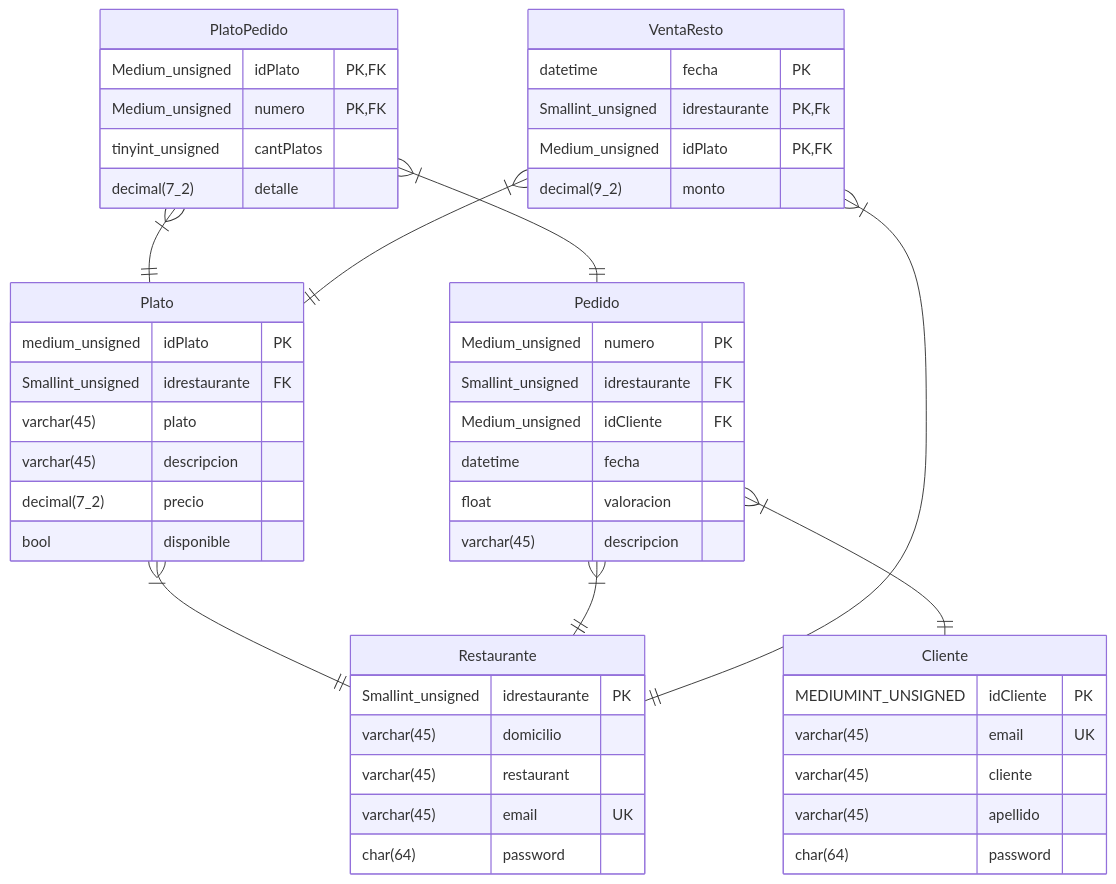
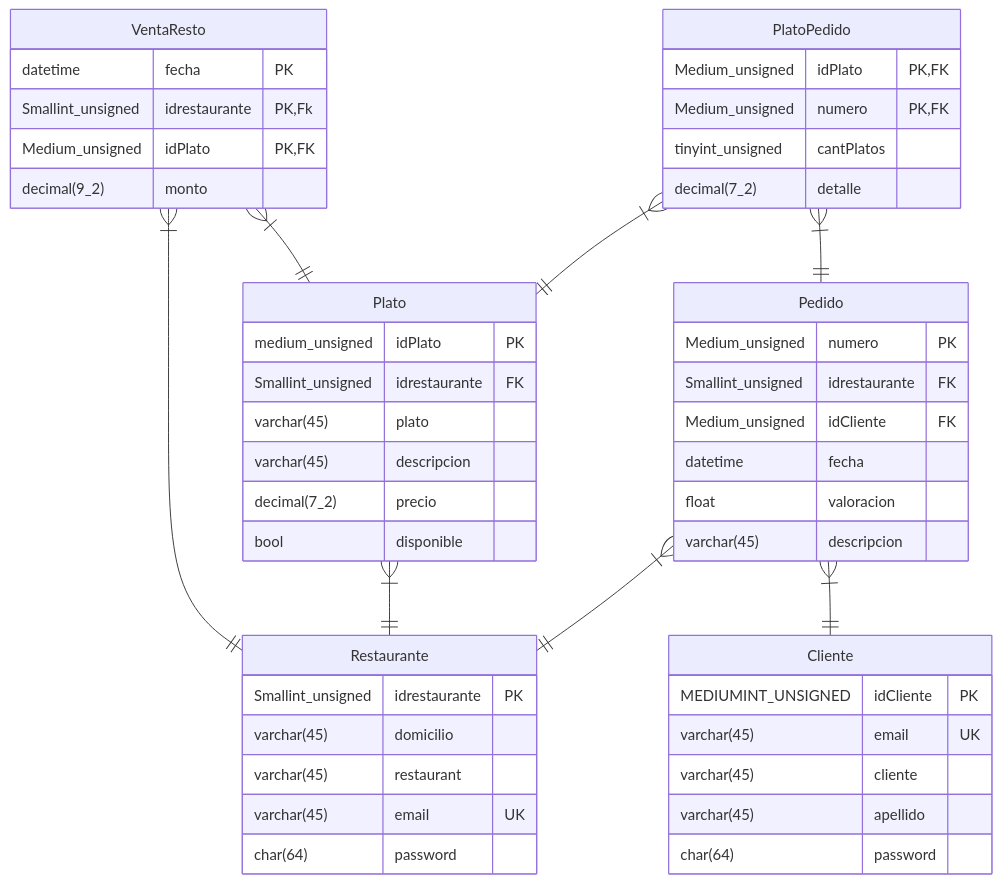
The diagram in doc/README.md (FranciscoBHF/Rapi_app), drawn with Mermaid before and after one commit. The commit also changed other lines of this file, not shown here.

````diff
--- a/doc/README.md
+++ b/doc/README.md
@@ -1,54 +1,54 @@
 ```mermaid
 erDiagram
     Restaurante{
         Smallint_unsigned  idrestaurante PK
         varchar(45) domicilio 
         varchar(45) restaurant
         varchar(45) email UK
         char(64) password 
 
     }
     Plato{
         medium_unsigned idPlato PK
         Smallint_unsigned idrestaurante FK
         varchar(45) plato
         varchar(45) descripcion
         decimal(7_2) precio
         bool disponible
     }   
     Cliente{
         MEDIUMINT_UNSIGNED idCliente PK
         varchar(45) email UK
         varchar(45) cliente
         varchar(45) apellido
         char(64) password
     }
     Pedido{
         Medium_unsigned numero PK
         Smallint_unsigned  idrestaurante FK
         Medium_unsigned idCliente FK
         datetime fecha
         float valoracion 
         varchar(45) descripcion
     }
     PlatoPedido{
         Medium_unsigned idPlato PK,FK
         Medium_unsigned numero PK,FK
         tinyint_unsigned cantPlatos
         decimal(7_2) detalle 
     }
     VentaResto{
         datetime fecha PK
         Smallint_unsigned  idrestaurante PK,Fk
         Medium_unsigned idPlato PK,FK
         decimal(9_2) monto 
     }
+    VentaResto }|--|| Restaurante : ""
     Plato }|--|| Restaurante : ""
     Pedido }|--|| Restaurante : ""
     PlatoPedido }|--|| Plato : ""
     PlatoPedido }|--|| Pedido : ""
     Pedido }|--|| Cliente : ""
-    VentaResto }|--|| Restaurante : ""
     VentaResto }|--|| Plato : ""
 
 ```
````
